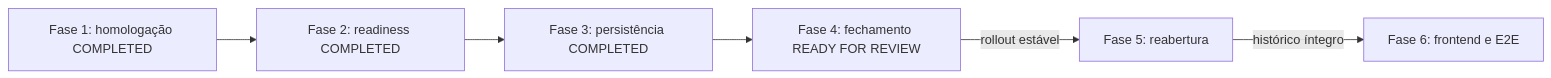
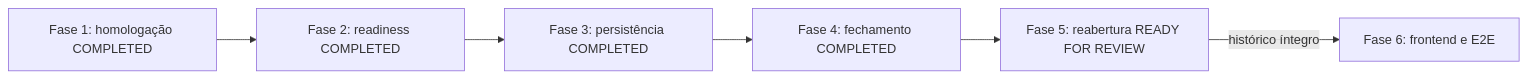
Before and after one commit to GuilhermeEstrelaDEV/dp-system: the diagram in docs/project-management/ETP-014_IMPLEMENTATION_PLAN.md, drawn with Mermaid. The commit also changed other lines of this file and 10 other files, not shown here.

````diff
--- a/docs/project-management/ETP-014_IMPLEMENTATION_PLAN.md
+++ b/docs/project-management/ETP-014_IMPLEMENTATION_PLAN.md
@@ -319,8 +319,8 @@
 ```mermaid
 flowchart LR
     F1[Fase 1: homologação COMPLETED] --> F2[Fase 2: readiness COMPLETED]
     F2 --> F3[Fase 3: persistência COMPLETED]
-    F3 --> F4[Fase 4: fechamento READY FOR REVIEW]
-    F4 -->|rollout estável| F5[Fase 5: reabertura]
+    F3 --> F4[Fase 4: fechamento COMPLETED]
+    F4 --> F5[Fase 5: reabertura READY FOR REVIEW]
     F5 -->|histórico íntegro| F6[Fase 6: frontend e E2E]
 ```
````
